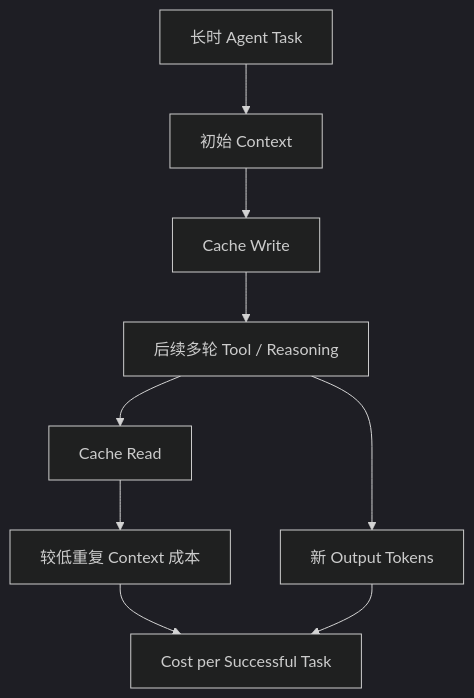
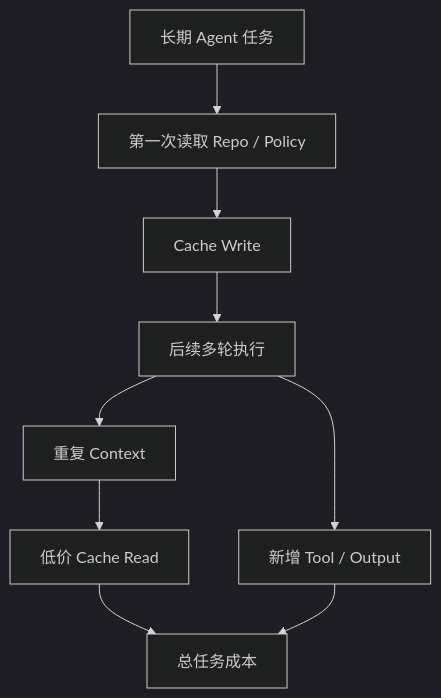
Before and after one commit to wlf186/ai-daily-headlines: the third of 24 diagrams in 260902.md, drawn with Mermaid (dark theme). The commit also changed other lines of this file, not shown here.

````diff
--- a/260902.md
+++ b/260902.md
@@ -155,11 +169,11 @@
 ```mermaid
 flowchart TD
-    FC1[长时 Agent Task] --> FC2[初始 Context]
-    FC2 --> FC3[Cache Write]
-    FC3 --> FC4[后续多轮 Tool / Reasoning]
-    FC4 --> FC5[Cache Read]
-    FC5 --> FC6[较低重复 Context 成本]
-    FC4 --> FC7[新 Output Tokens]
-    FC6 --> FC8[Cost per Successful Task]
-    FC7 --> FC8
+    F1[长期 Agent 任务] --> F2[第一次读取 Repo / Policy]
+    F2 --> F3[Cache Write]
+    F3 --> F4[后续多轮执行]
+    F4 --> F5[重复 Context]
+    F5 --> F6[低价 Cache Read]
+    F4 --> F7[新增 Tool / Output]
+    F6 --> F8[总任务成本]
+    F7 --> F8
 ```
````
